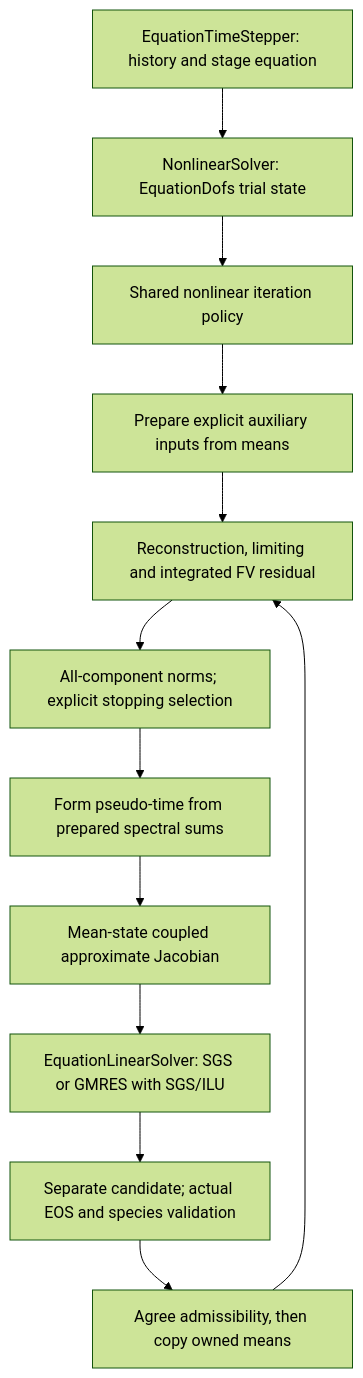
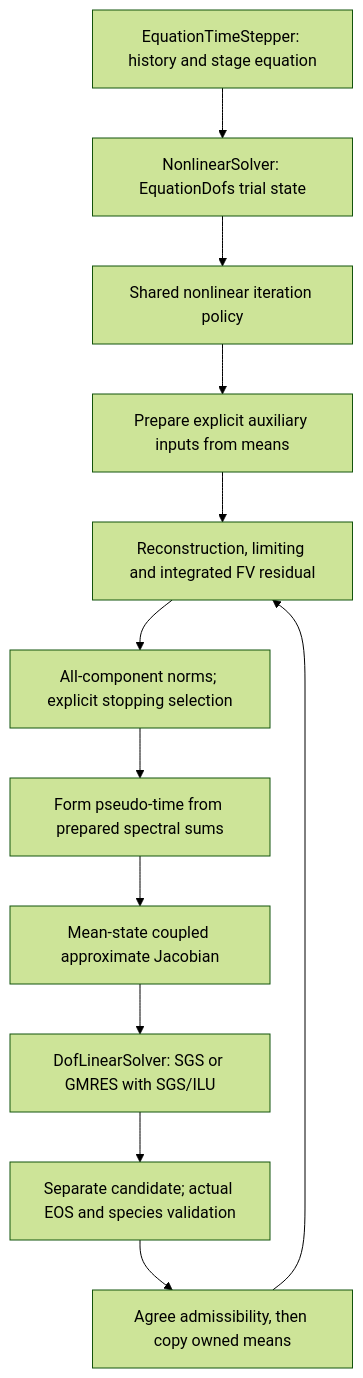
One commit to harryzhou2000/DNDSR changed the third of 3 diagrams in docs/architecture/CauchyImplicit.md. Above: the diagram before and after it, drawn with Mermaid (forest theme). The commit also changed other lines of this file and 52 other files, not shown here.

````diff
--- a/docs/architecture/CauchyImplicit.md
+++ b/docs/architecture/CauchyImplicit.md
@@ -1412,14 +1412,14 @@
 ```mermaid
 flowchart TD
     Time[EquationTimeStepper: history and stage equation] --> Solver[NonlinearSolver: EquationDofs trial state]
     Solver --> Policy[Shared nonlinear iteration policy]
     Policy --> Auxiliary[Prepare explicit auxiliary inputs from means]
     Auxiliary --> Residual[Reconstruction, limiting and integrated FV residual]
     Residual --> Norm[All-component norms; explicit stopping selection]
     Norm --> PseudoTime[Form pseudo-time from prepared spectral sums]
     PseudoTime --> Jacobian[Mean-state coupled approximate Jacobian]
-    Jacobian --> Linear[EquationLinearSolver: SGS or GMRES with SGS/ILU]
+    Jacobian --> Linear[DofLinearSolver: SGS or GMRES with SGS/ILU]
     Linear --> Candidate[Separate candidate; actual EOS and species validation]
     Candidate --> Commit[Agree admissibility, then copy owned means]
     Commit --> Residual
 ```
````
